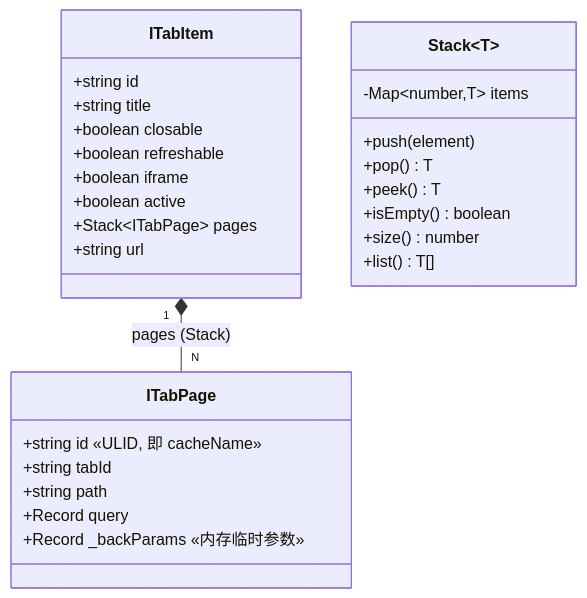
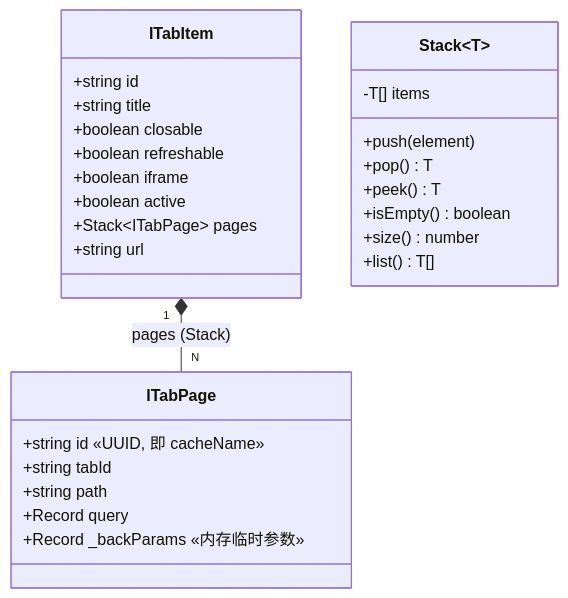
One commit to jktantan/vue-stack-tabs changed the first of 5 diagrams in ARCHITECTURE.md. Above: the diagram before and after it, drawn with Mermaid. The commit also changed other lines of this file and 22 other files, not shown here.

````diff
--- a/ARCHITECTURE.md
+++ b/ARCHITECTURE.md
@@ -35,30 +35,30 @@
 ```mermaid
 classDiagram
     class ITabItem {
         +string id
         +string title
         +boolean closable
         +boolean refreshable
         +boolean iframe
         +boolean active
         +Stack~ITabPage~ pages
         +string url
     }
     class ITabPage {
-        +string id         «ULID, 即 cacheName»
+        +string id         «UUID, 即 cacheName»
         +string tabId
         +string path
         +Record query
         +Record _backParams «内存临时参数»
     }
     class Stack~T~ {
-        -Map~number,T~ items
+        -T[] items
         +push(element)
         +pop() T
         +peek() T
         +isEmpty() boolean
         +size() number
         +list() T[]
     }
     ITabItem "1" *-- "N" ITabPage : pages (Stack)
 ```
````
